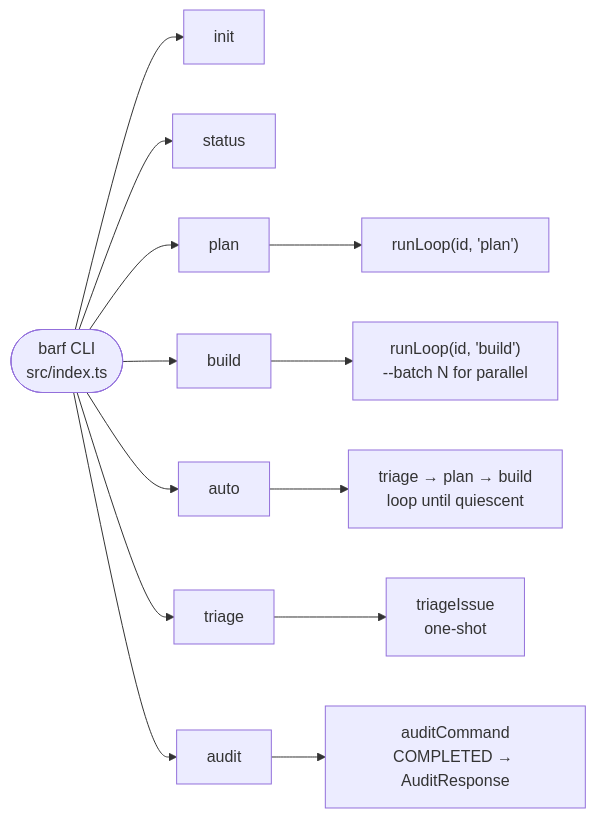
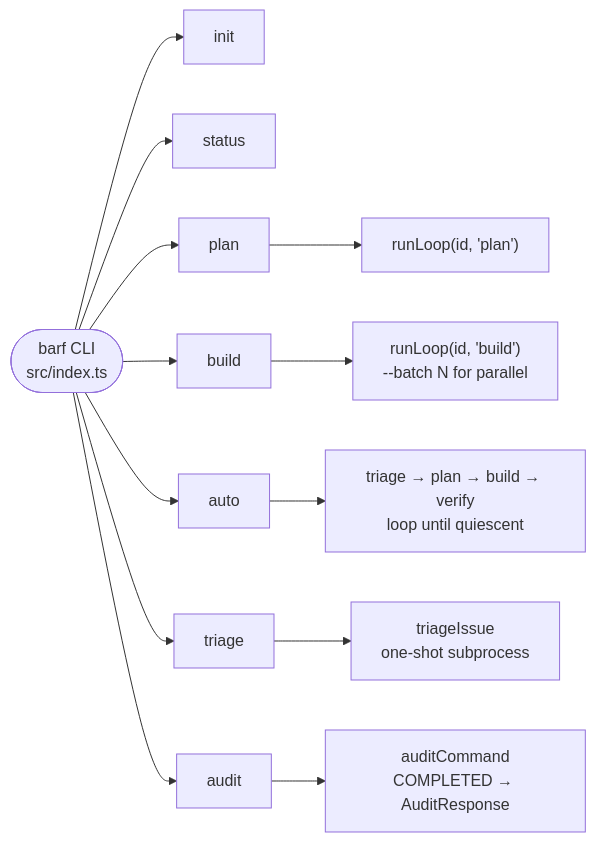
The first of 3 diagrams in resources/architecture/overview.md (vx-daniel/barf-ts), drawn with Mermaid before and after one commit. The commit also changed other lines of this file and 16 other files, not shown here.

````diff
--- a/resources/architecture/overview.md
+++ b/resources/architecture/overview.md
@@ -58,10 +65,10 @@
 ```mermaid
 flowchart LR
     CLI([barf CLI\nsrc/index.ts]) --> init
     CLI --> status
     CLI --> plan --> runLoop_plan["runLoop(id, 'plan')"]
     CLI --> build --> runLoop_build["runLoop(id, 'build')\n--batch N for parallel"]
-    CLI --> auto --> auto_loop["triage → plan → build\nloop until quiescent"]
-    CLI --> triage --> triageIssue["triageIssue\none-shot"]
+    CLI --> auto --> auto_loop["triage → plan → build → verify\nloop until quiescent"]
+    CLI --> triage --> triageIssue["triageIssue\none-shot subprocess"]
     CLI --> audit --> auditCommand["auditCommand\nCOMPLETED → AuditResponse"]
 ```
````
